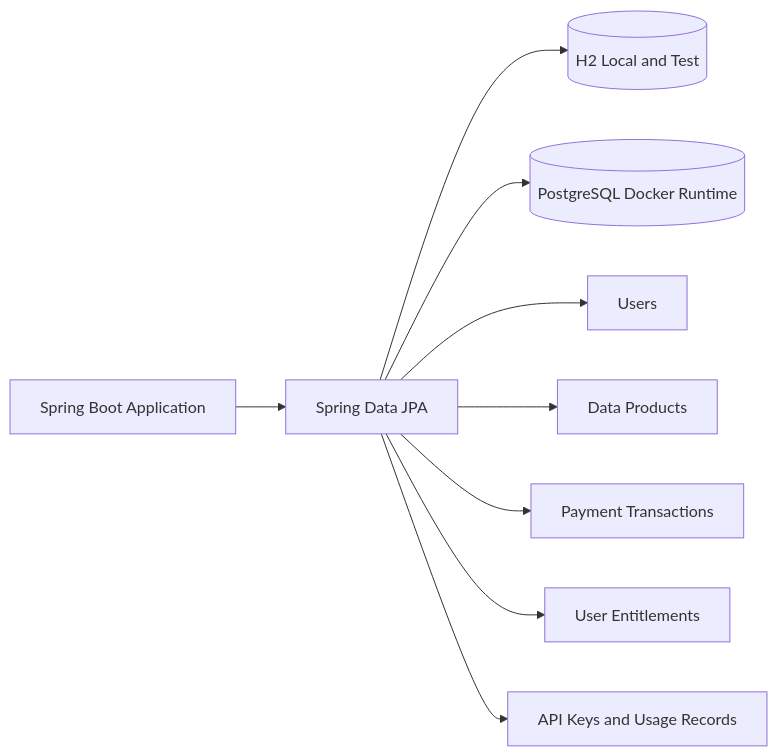
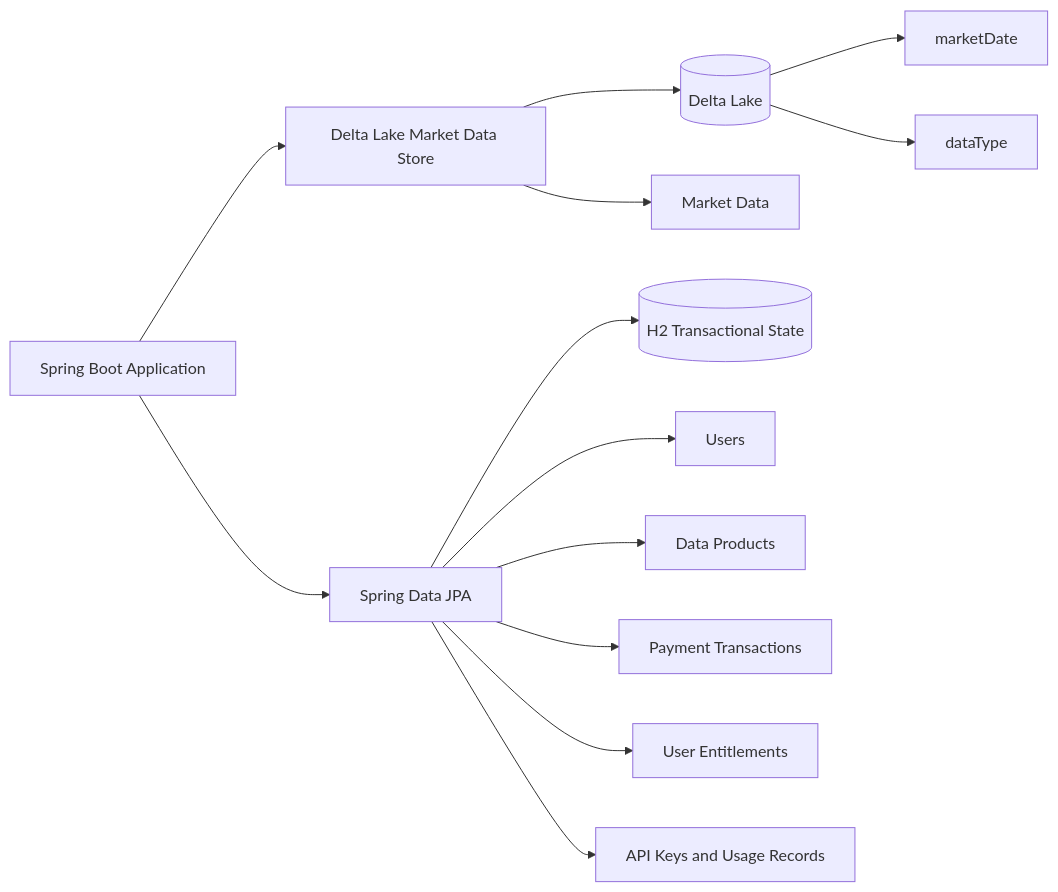
The diagram in docs/diagrams/adr-0002-persistence-architecture.md (khab40/spring-boot-java-refresh), drawn with Mermaid before and after one commit. The commit also changed other lines of this file and 18 other files, not shown here.

Commit message:
feat: add Delta Lake market data storage and update architecture docs

````diff
--- a/docs/diagrams/adr-0002-persistence-architecture.md
+++ b/docs/diagrams/adr-0002-persistence-architecture.md
@@ -7,11 +7,15 @@
 ```mermaid
 graph LR
-    Api[Spring Boot Application] --> JPA[Spring Data JPA]
-    JPA --> H2[(H2 Local and Test)]
-    JPA --> Pg[(PostgreSQL Docker Runtime)]
+    Api[Spring Boot Application] --> DeltaStore[Delta Lake Market Data Store]
+    Api --> JPA[Spring Data JPA]
+    DeltaStore --> Delta[(Delta Lake)]
+    Delta --> DatePartition[marketDate]
+    Delta --> TypePartition[dataType]
+    JPA --> H2[(H2 Transactional State)]
     JPA --> Users[Users]
     JPA --> Products[Data Products]
     JPA --> Payments[Payment Transactions]
     JPA --> Entitlements[User Entitlements]
     JPA --> Keys[API Keys and Usage Records]
+    DeltaStore --> Market[Market Data]
 ```
````
